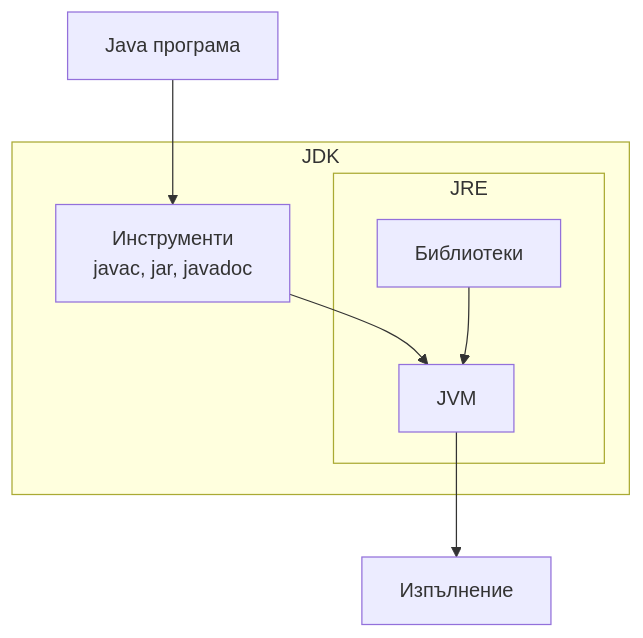
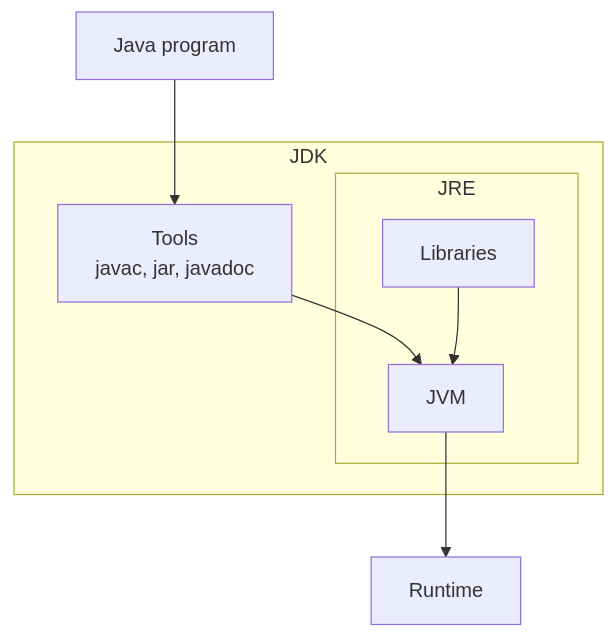
Before and after one commit to programmingfundamental/courses: the third of 3 diagrams in src/content/docs/en/obektno-orientirano-programirane-1-chast/laboratorno-uprazhnenie-01/osnovi-na-programiraneto-s-java-za-nachinaeshi/01-osnovi-java.md, drawn with Mermaid. The commit also changed other lines of this file and 14 other files, not shown here.

````diff
--- a/src/content/docs/en/obektno-orientirano-programirane-1-chast/laboratorno-uprazhnenie-01/osnovi-na-programiraneto-s-java-za-nachinaeshi/01-osnovi-java.md
+++ b/src/content/docs/en/obektno-orientirano-programirane-1-chast/laboratorno-uprazhnenie-01/osnovi-na-programiraneto-s-java-za-nachinaeshi/01-osnovi-java.md
@@ -90,15 +90,15 @@
 ```mermaid
 flowchart TD
     subgraph JDK["JDK"]
-        Tools["Инструменти<br/>javac, jar, javadoc"]
+        Tools["Tools<br/>javac, jar, javadoc"]
         subgraph JRE["JRE"]
-            Libraries["Библиотеки"]
+            Libraries["Libraries"]
             JVM["JVM"]
         end
     end
 
-    Source["Java програма"] --> Tools
+    Source["Java program"] --> Tools
     Tools --> JVM
     Libraries --> JVM
-    JVM --> Runtime["Изпълнение"]
+    JVM --> Runtime["Runtime"]
 ```
````
